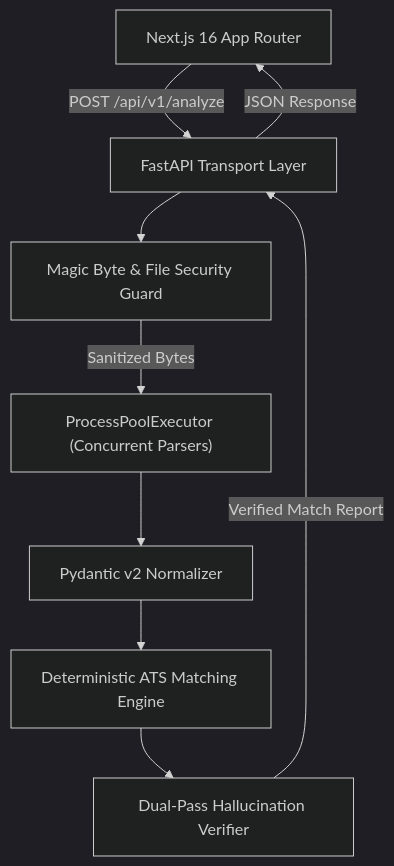
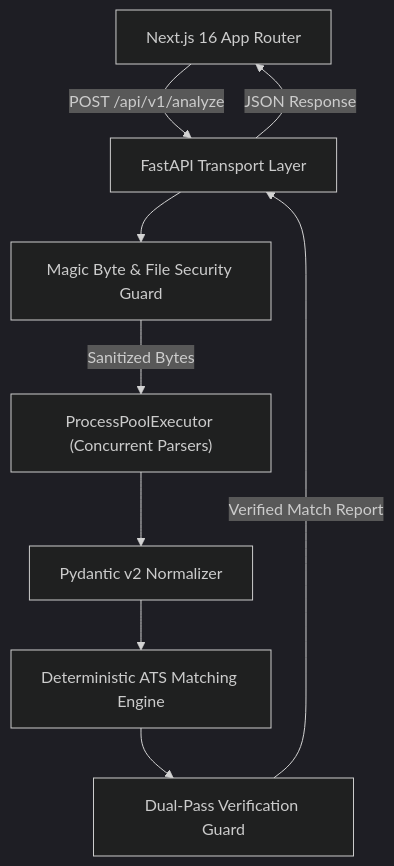
One commit to abhi128nandan/Merit-AI-Resume-Analyzer changed the diagram in README.md. Above: the diagram before and after it, drawn with Mermaid (dark theme). The commit also changed other lines of this file and 38 other files, not shown here.

Commit message:
chore: save investigation results and foundation architecture ADRs

````diff
--- a/README.md
+++ b/README.md
@@ -59,11 +59,11 @@
 ```mermaid
 graph TD
     Client["Next.js 16 App Router"] -->|"POST /api/v1/analyze"| API["FastAPI Transport Layer"]
     API --> Val["Magic Byte & File Security Guard"]
     Val -->|"Sanitized Bytes"| Pool["ProcessPoolExecutor (Concurrent Parsers)"]
     Pool --> Struct["Pydantic v2 Normalizer"]
     Struct --> Matcher["Deterministic ATS Matching Engine"]
-    Matcher --> Verifier["Dual-Pass Hallucination Verifier"]
+    Matcher --> Verifier["Dual-Pass Verification Guard"]
     Verifier -->|"Verified Match Report"| API
     API -->|"JSON Response"| Client
 ```
````
